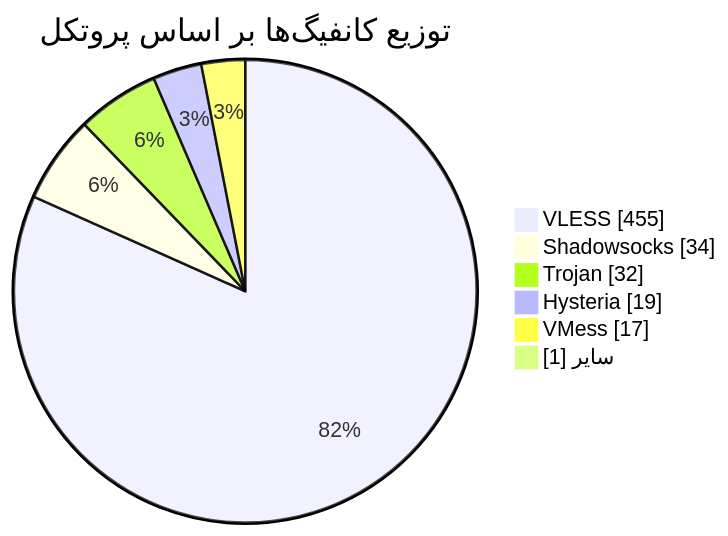
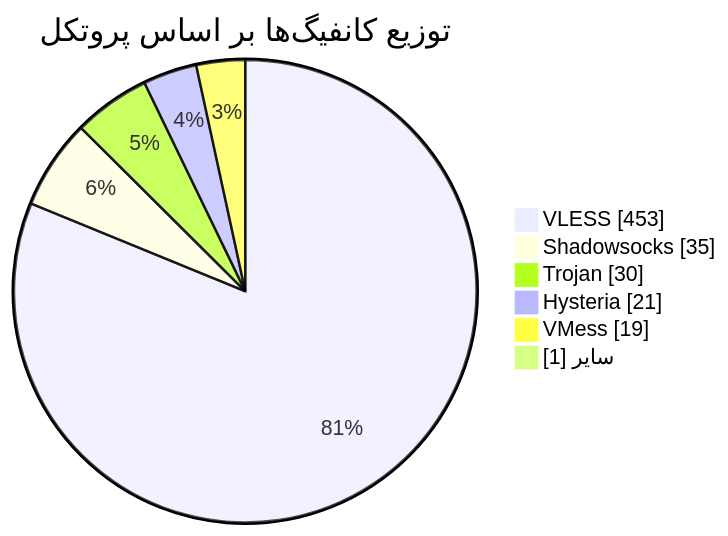
Before and after one commit to Arian-Alijani/Somthing: the diagram in README.md, drawn with Mermaid. The commit also changed other lines of this file and 91 other files, not shown here.

````diff
--- a/README.md
+++ b/README.md
@@ -48,10 +48,10 @@
 ```mermaid
 pie showData
     title توزیع کانفیگ‌ها بر اساس پروتکل
-    "VLESS" : 455
-    "Shadowsocks" : 34
-    "Trojan" : 32
-    "Hysteria" : 19
-    "VMess" : 17
+    "VLESS" : 453
+    "Shadowsocks" : 35
+    "Trojan" : 30
+    "Hysteria" : 21
+    "VMess" : 19
     "سایر" : 1
 ```
````
